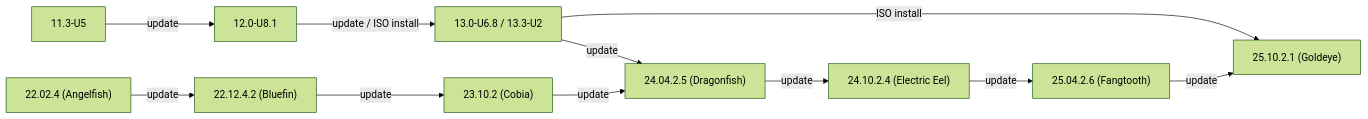
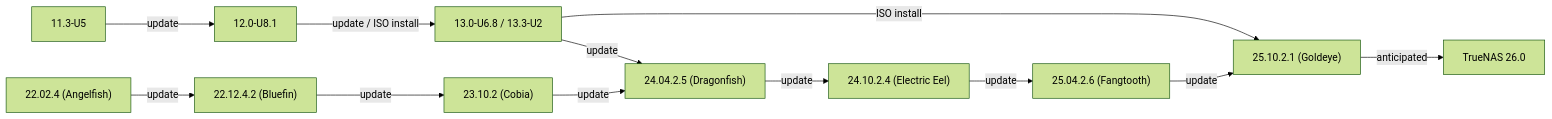
One commit to truenas/documentation changed the first of 2 diagrams in static/includes/SCALEUpgradePaths.md. Above: the diagram before and after it, drawn with Mermaid (forest theme). The commit also changed other lines of this file and 1 other file, not shown here.

```diff
--- a/static/includes/SCALEUpgradePaths.md
+++ b/static/includes/SCALEUpgradePaths.md
@@ -21,14 +21,15 @@
             {{< mermaid class="mermaid_sizing" >}}
             flowchart LR
               A["11.3-U5"] -->|update| B["12.0-U8.1"]
               B -->|"update / ISO install"| C["13.0-U6.8 / 13.3-U2"]
               C -->|update| G
               C -->|ISO install| J
               D["22.02.4 (Angelfish)"] -->|update| E
               E["22.12.4.2 (Bluefin)"] -->|update| F
               F["23.10.2 (Cobia)"] -->|update| G
               G["24.04.2.5 (Dragonfish)"] -->|update| H
               H["24.10.2.4 (Electric Eel)"] -->|update| I
               I["25.04.2.6 (Fangtooth)"] -->|update| J
-              J["25.10.2.1 (Goldeye)"]
+              J["25.10.2.1 (Goldeye)"] -->|"anticipated"| K
+              K["TrueNAS 26.0"]
             {{< /mermaid >}}
```
